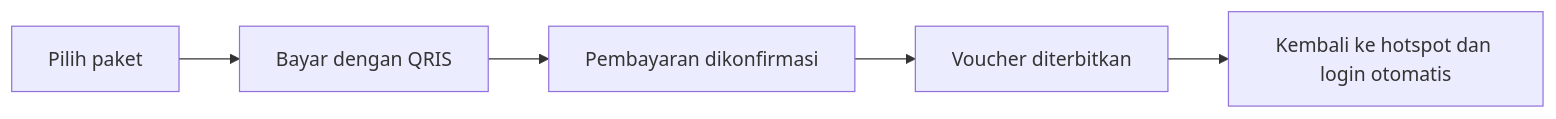
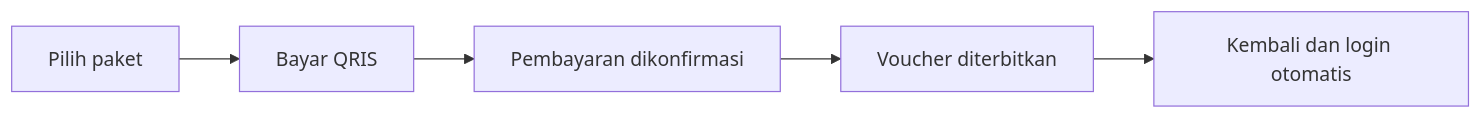
The diagram in README.md (endyardhie/MikBoX-Mikrotik-Template), drawn with Mermaid before and after one commit. The commit also changed other lines of this file, not shown here.

````diff
--- a/README.md
+++ b/README.md
@@ -25,7 +31,7 @@
 ```mermaid
 flowchart LR
-    A["Pilih paket"] --> B["Bayar dengan QRIS"]
+    A["Pilih paket"] --> B["Bayar QRIS"]
     B --> C["Pembayaran dikonfirmasi"]
     C --> D["Voucher diterbitkan"]
-    D --> E["Kembali ke hotspot dan login otomatis"]
+    D --> E["Kembali dan login otomatis"]
 ```
````
